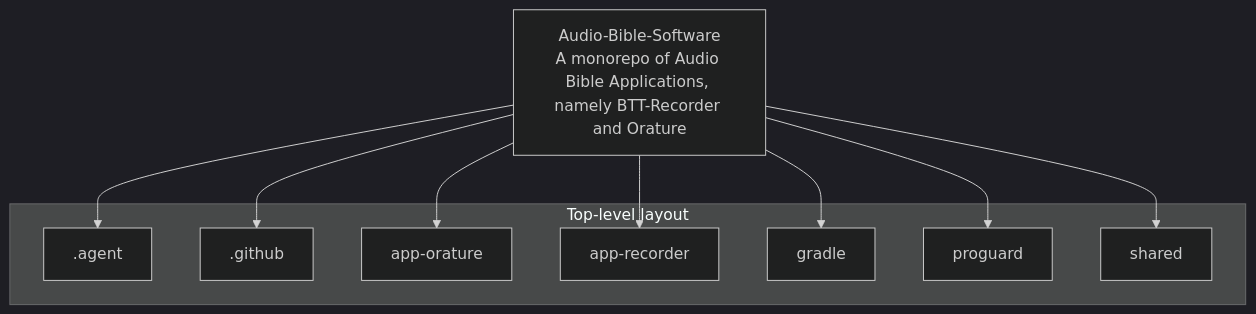
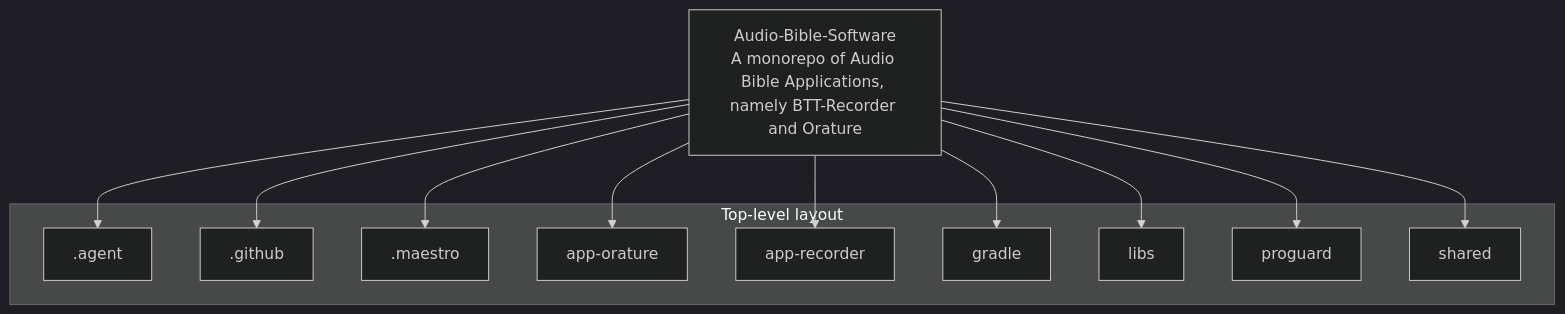
One commit to AnonymousWalker/project-repos-diagram changed the second of 3 diagrams in architecture/Bible-Translation-Tools/Audio-Bible-Software-architecture.md. Above: the diagram before and after it, drawn with Mermaid (dark theme). The commit also changed other lines of this file and 1 other file, not shown here.

Commit message:
chore: refresh architecture diagrams

````diff
--- a/architecture/Bible-Translation-Tools/Audio-Bible-Software-architecture.md
+++ b/architecture/Bible-Translation-Tools/Audio-Bible-Software-architecture.md
@@ -42,22 +46,26 @@
 ```mermaid
 flowchart TB
   Root["Audio-Bible-Software<br/>A monorepo of Audio Bible Applications, namely BTT-Recorder and Orature"]
 
   subgraph structure["Top-level layout"]
     D0[".agent"]
     D1[".github"]
-    D2["app-orature"]
-    D3["app-recorder"]
-    D4["gradle"]
-    D5["proguard"]
-    D6["shared"]
+    D2[".maestro"]
+    D3["app-orature"]
+    D4["app-recorder"]
+    D5["gradle"]
+    D6["libs"]
+    D7["proguard"]
+    D8["shared"]
   end
 
   Root --> D0
   Root --> D1
   Root --> D2
   Root --> D3
   Root --> D4
   Root --> D5
   Root --> D6
+  Root --> D7
+  Root --> D8
 ```
````
